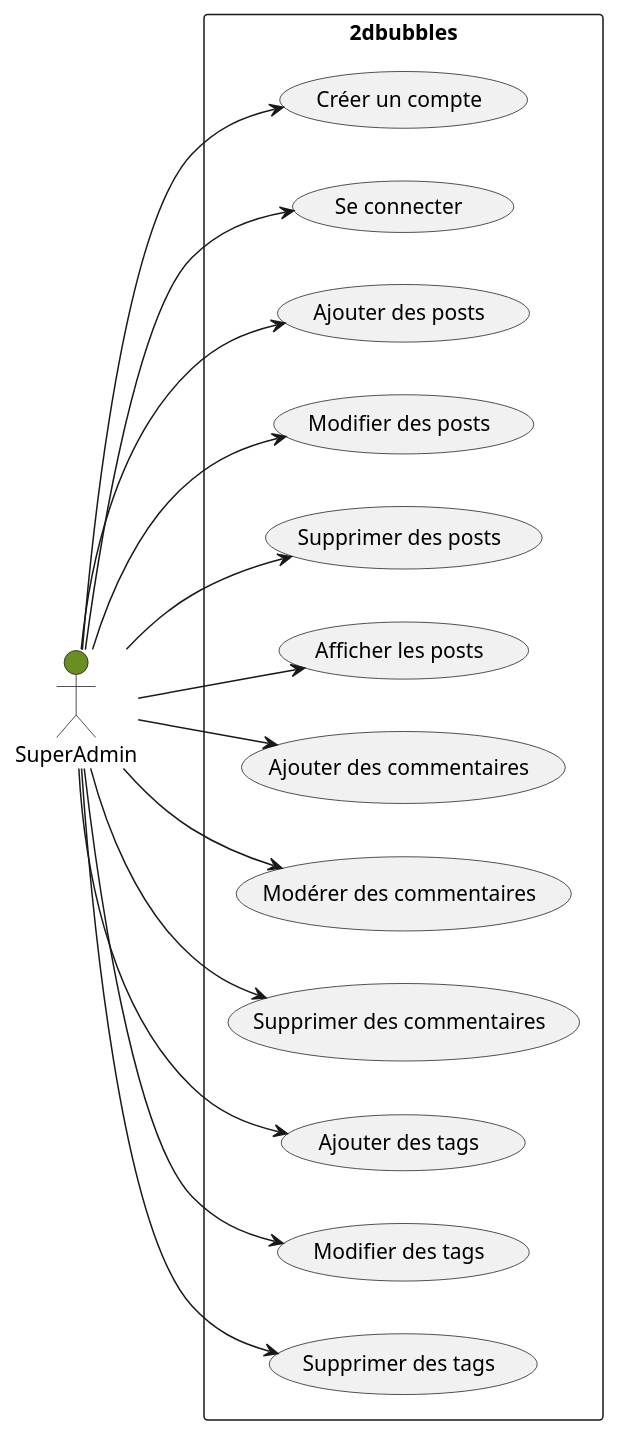
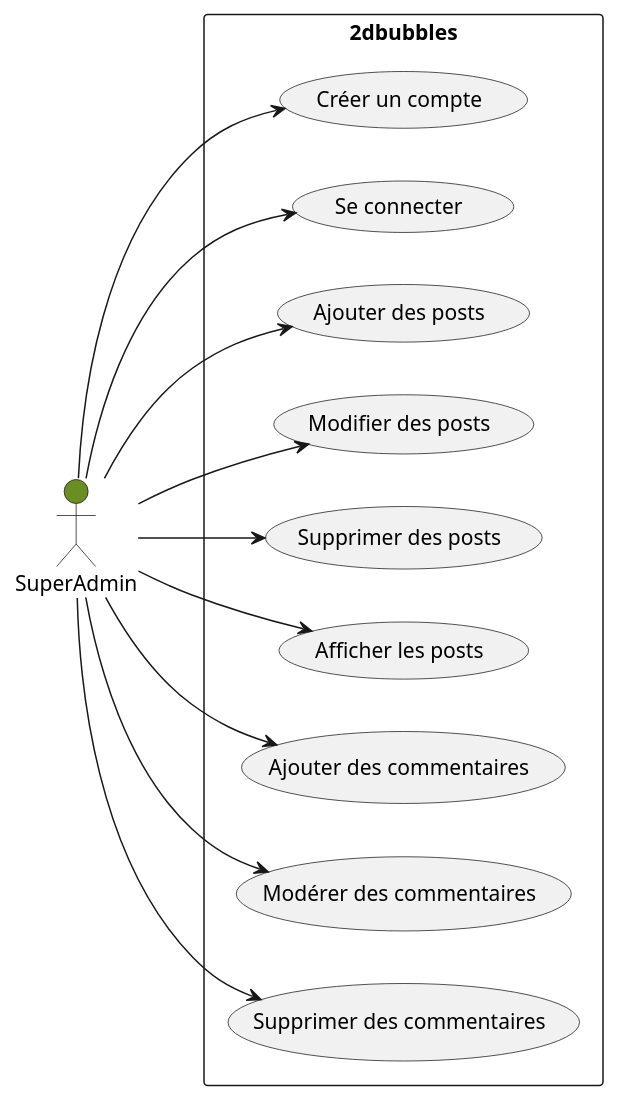
Before and after one commit to laurasullyalexandrine/the2dbubbles: the diagram in diagrammes-uml/UserCase/UserSuperAdmin.puml, drawn with PlantUML. The commit also changed 32 other files, not shown here.

```diff
--- a/diagrammes-uml/UserCase/UserSuperAdmin.puml
+++ b/diagrammes-uml/UserCase/UserSuperAdmin.puml
@@ -2,35 +2,29 @@
 @startuml SuperAdmin
 
 left to right direction
 
 actor "SuperAdmin" as SuperAdmin #OliveDrab
 
 rectangle 2dbubbles {
   usecase "Créer un compte" as UC1
   usecase "Se connecter" as UC2
   usecase "Ajouter des posts" as UC3
   usecase "Modifier des posts" as UC4
   usecase "Supprimer des posts" as UC5
   usecase "Afficher les posts" as UC6
   usecase "Ajouter des commentaires" as UC7
   usecase "Modérer des commentaires" as UC8
   usecase "Supprimer des commentaires" as UC9
-  usecase "Ajouter des tags" as UC10
-  usecase "Modifier des tags" as UC11
-  usecase "Supprimer des tags" as UC12
 }
 
 SuperAdmin --> UC1
 SuperAdmin --> UC2
 SuperAdmin --> UC3
 SuperAdmin --> UC4
 SuperAdmin --> UC5
 SuperAdmin --> UC6
 SuperAdmin --> UC7
 SuperAdmin --> UC8
 SuperAdmin --> UC9
-SuperAdmin --> UC10
-SuperAdmin --> UC11
-SuperAdmin --> UC12
 
 @enduml
```
